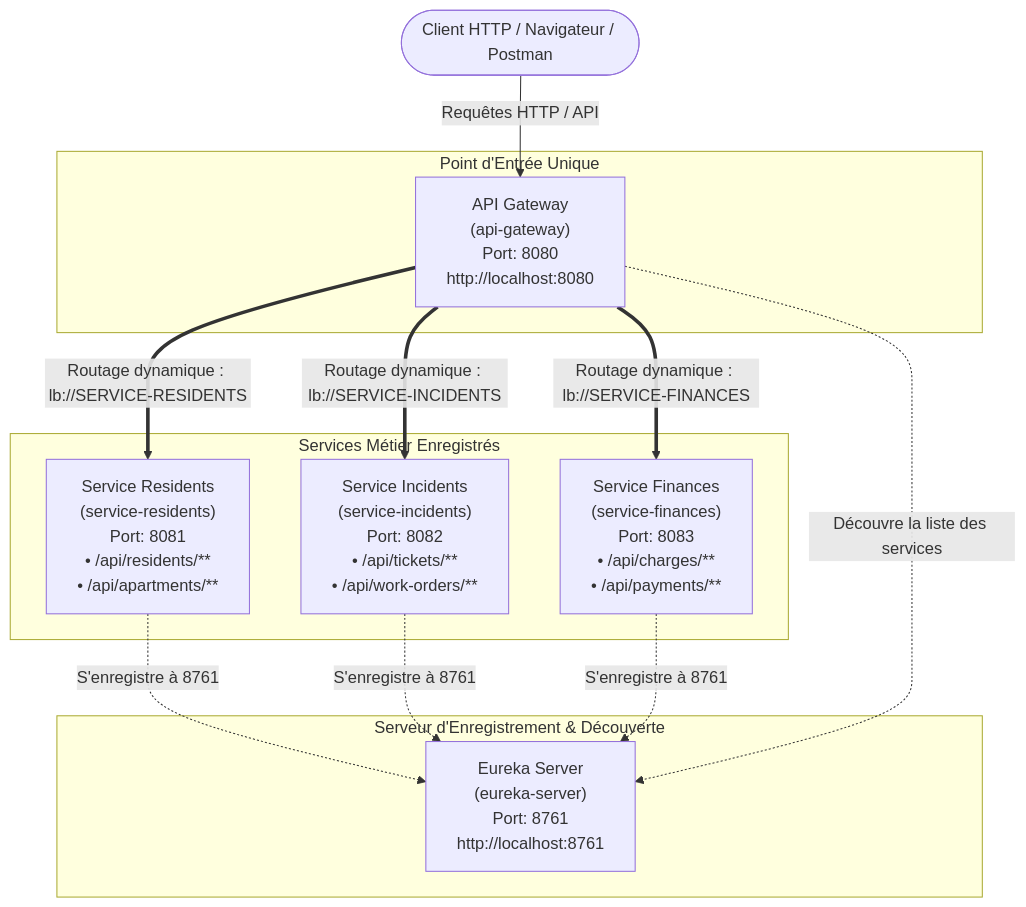
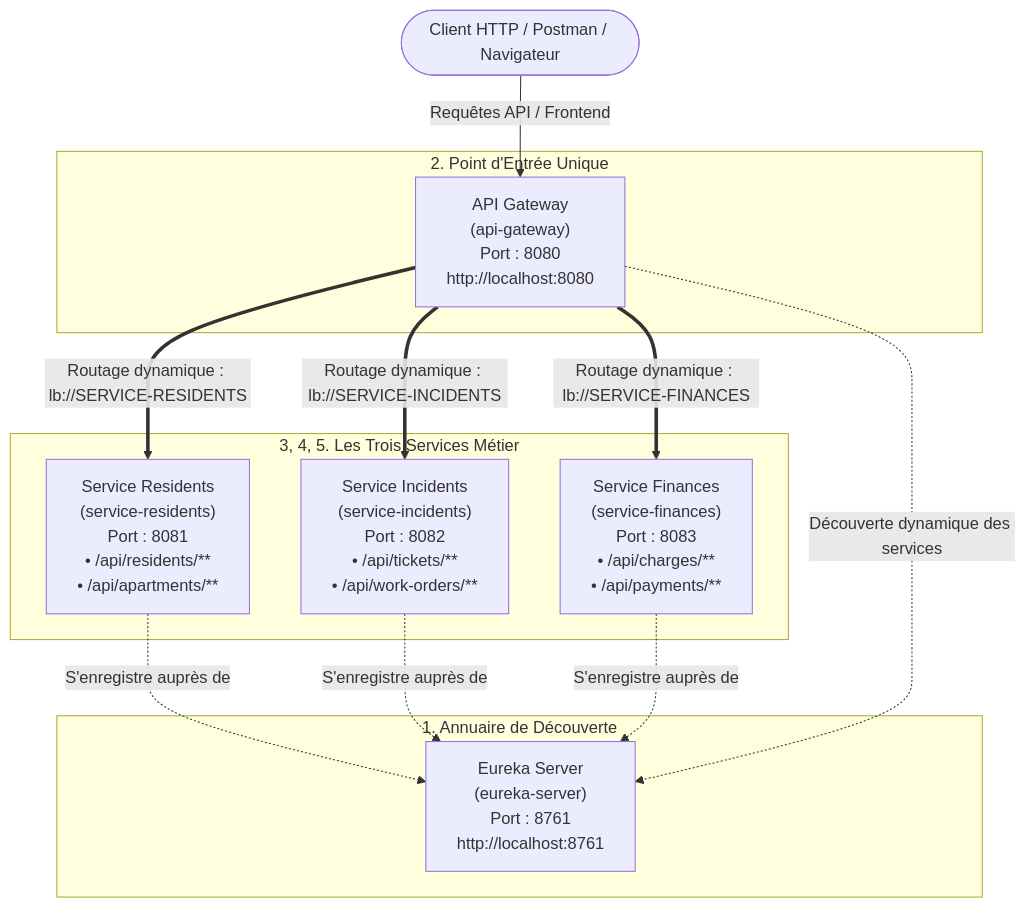
One commit to SAADOUARRAD/MyBuilding changed the second of 2 diagrams in README.md. Above: the diagram before and after it, drawn with Mermaid. The commit also changed other lines of this file, not shown here.

Commit message:
docs: ajout description projet, diagramme de classes UML global et ports des 5 applications

````diff
--- a/README.md
+++ b/README.md
@@ -11,30 +145,30 @@
 ```mermaid
 flowchart TB
-    Client(["Client HTTP / Navigateur / Postman"])
-    
-    subgraph Discovery ["Serveur d'Enregistrement & Découverte"]
-        Eureka["Eureka Server\n(eureka-server)\nPort: 8761\nhttp://localhost:8761"]
+    Client(["Client HTTP / Postman / Navigateur"])
+
+    subgraph Discovery ["1. Annuaire de Découverte"]
+        Eureka["Eureka Server\n(eureka-server)\nPort : 8761\nhttp://localhost:8761"]
     end
 
-    subgraph EntryPoint ["Point d'Entrée Unique"]
-        Gateway["API Gateway\n(api-gateway)\nPort: 8080\nhttp://localhost:8080"]
+    subgraph GatewayApp ["2. Point d'Entrée Unique"]
+        Gateway["API Gateway\n(api-gateway)\nPort : 8080\nhttp://localhost:8080"]
     end
 
-    subgraph ServicesMetier ["Services Métier Enregistrés"]
-        Residents["Service Residents\n(service-residents)\nPort: 8081\n• /api/residents/**\n• /api/apartments/**"]
-        Incidents["Service Incidents\n(service-incidents)\nPort: 8082\n• /api/tickets/**\n• /api/work-orders/**"]
-        Finances["Service Finances\n(service-finances)\nPort: 8083\n• /api/charges/**\n• /api/payments/**"]
+    subgraph MetierApps ["3, 4, 5. Les Trois Services Métier"]
+        Residents["Service Residents\n(service-residents)\nPort : 8081\n• /api/residents/**\n• /api/apartments/**"]
+        Incidents["Service Incidents\n(service-incidents)\nPort : 8082\n• /api/tickets/**\n• /api/work-orders/**"]
+        Finances["Service Finances\n(service-finances)\nPort : 8083\n• /api/charges/**\n• /api/payments/**"]
     end
 
-    Client -->|Requêtes HTTP / API| Gateway
+    Client -->|Requêtes API / Frontend| Gateway
 
-    Residents -.->|S'enregistre à 8761| Eureka
-    Incidents -.->|S'enregistre à 8761| Eureka
-    Finances -.->|S'enregistre à 8761| Eureka
+    Residents -.->|S'enregistre auprès de| Eureka
+    Incidents -.->|S'enregistre auprès de| Eureka
+    Finances -.->|S'enregistre auprès de| Eureka
 
-    Gateway -.->|Découvre la liste des services| Eureka
+    Gateway -.->|Découverte dynamique des services| Eureka
 
     Gateway ==>|Routage dynamique : lb://SERVICE-RESIDENTS| Residents
     Gateway ==>|Routage dynamique : lb://SERVICE-INCIDENTS| Incidents
     Gateway ==>|Routage dynamique : lb://SERVICE-FINANCES| Finances
 ```
````
